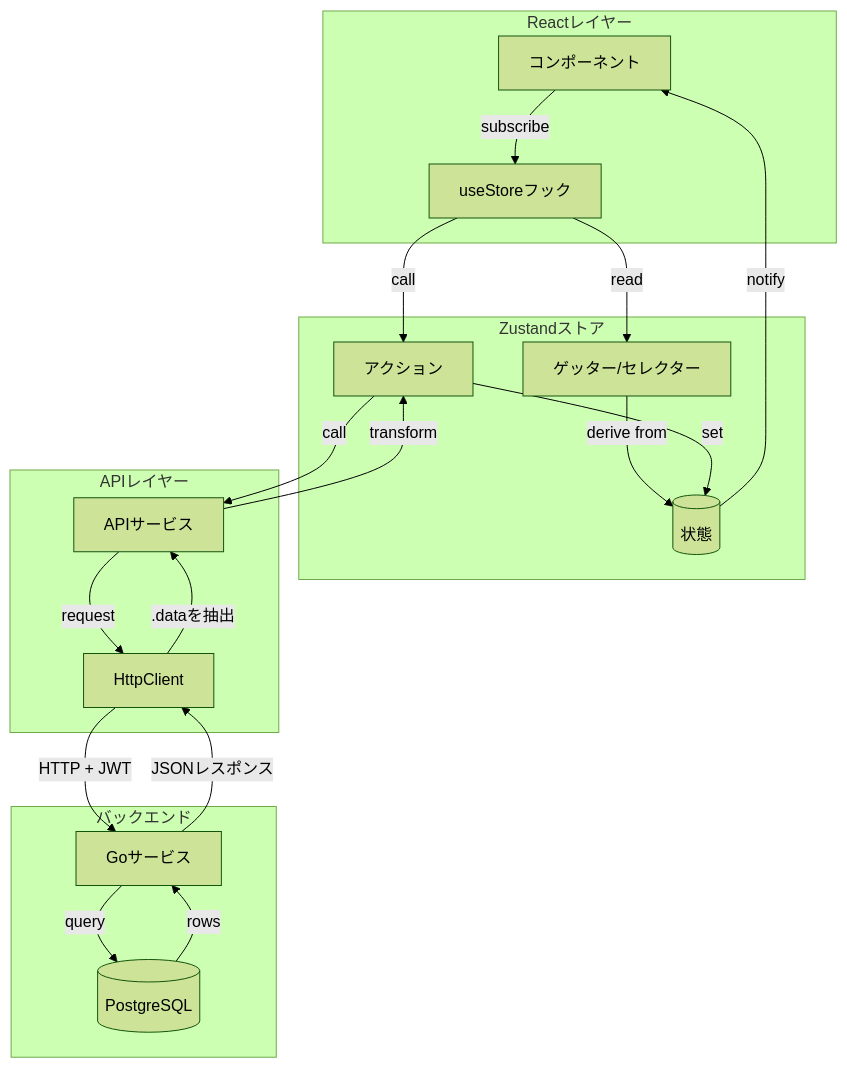
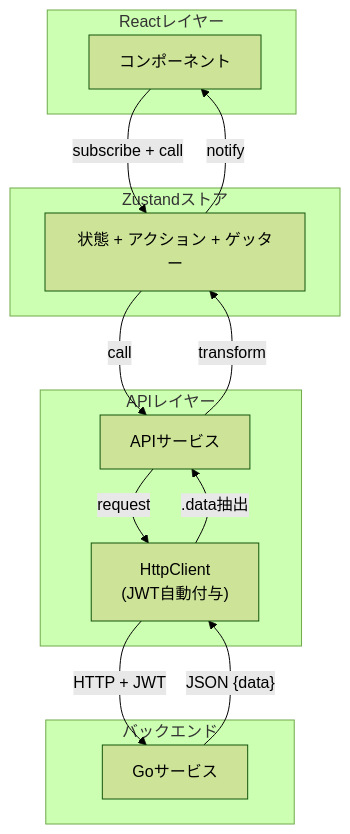
The third of 12 diagrams in src/ARCHITECTURE.md (yu-min3/kensan), drawn with Mermaid (forest theme) before and after one commit. The commit also changed other lines of this file and 117 other files, not shown here.

````diff
--- a/src/ARCHITECTURE.md
+++ b/src/ARCHITECTURE.md
@@ -294,39 +194,28 @@
 ```mermaid
 flowchart TB
     subgraph "Reactレイヤー"
-        Component[コンポーネント]
-        Hook[useStoreフック]
+        Component["コンポーネント"]
     end
 
     subgraph "Zustandストア"
-        State[(状態)]
-        Actions[アクション]
-        Getters[ゲッター/セレクター]
+        State["状態 + アクション + ゲッター"]
     end
 
     subgraph "APIレイヤー"
-        APIService[APIサービス]
-        HttpClient[HttpClient]
+        APIService["APIサービス"]
+        HttpClient["HttpClient<br/>(JWT自動付与)"]
     end
 
     subgraph "バックエンド"
-        Service[Goサービス]
-        DB[(PostgreSQL)]
+        Service["Goサービス"]
     end
 
-    Component -->|subscribe| Hook
-    Hook -->|read| Getters
-    Hook -->|call| Actions
-    Getters -->|derive from| State
-
-    Actions -->|call| APIService
-    APIService -->|request| HttpClient
-    HttpClient -->|HTTP + JWT| Service
-    Service -->|query| DB
-    DB -->|rows| Service
-    Service -->|JSONレスポンス| HttpClient
-    HttpClient -->|.dataを抽出| APIService
-    APIService -->|transform| Actions
-    Actions -->|set| State
-    State -->|notify| Component
+    Component -->|"subscribe + call"| State
+    State -->|"call"| APIService
+    APIService -->|"request"| HttpClient
+    HttpClient -->|"HTTP + JWT"| Service
+    Service -->|"JSON {data}"| HttpClient
+    HttpClient -->|".data抽出"| APIService
+    APIService -->|"transform"| State
+    State -->|"notify"| Component
 ```
````
